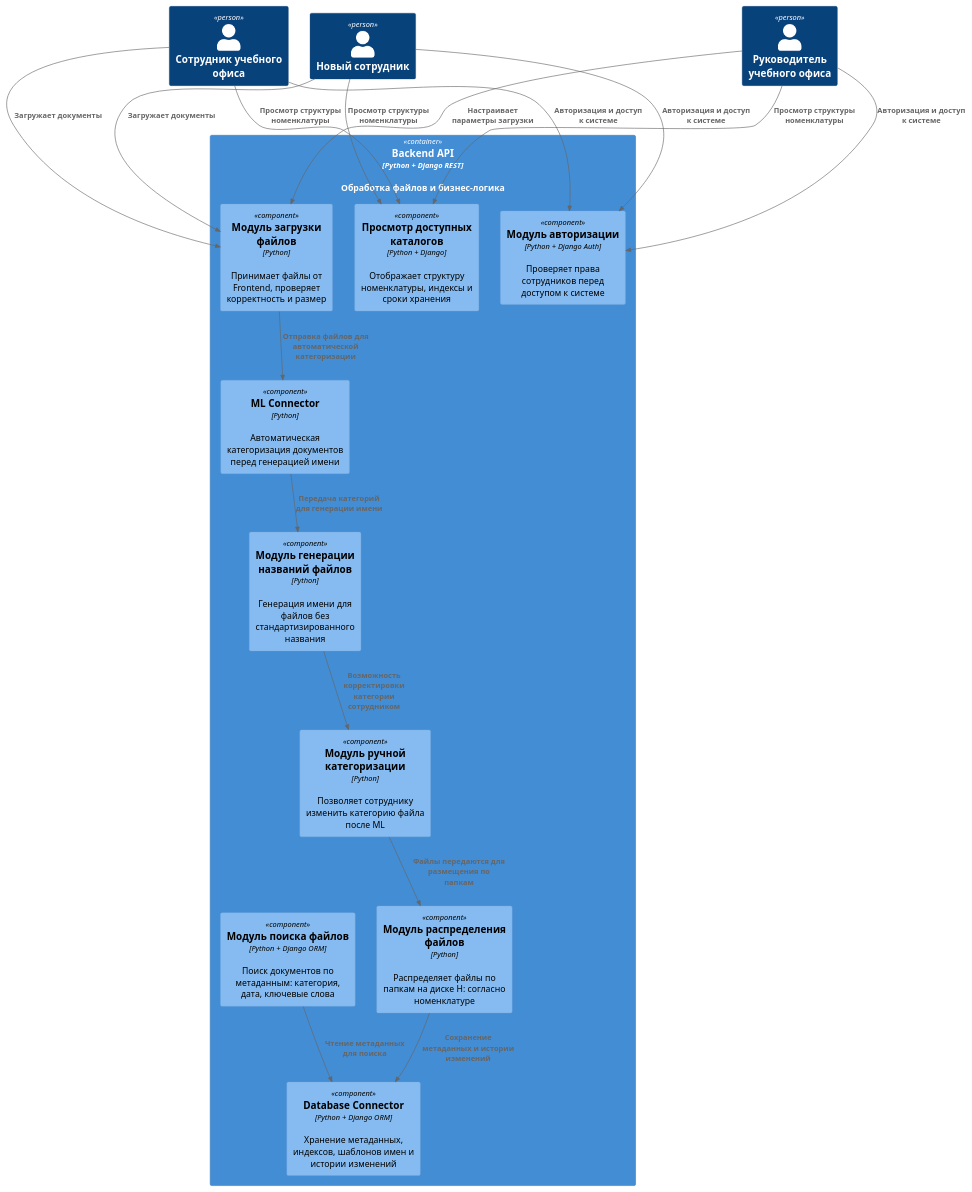
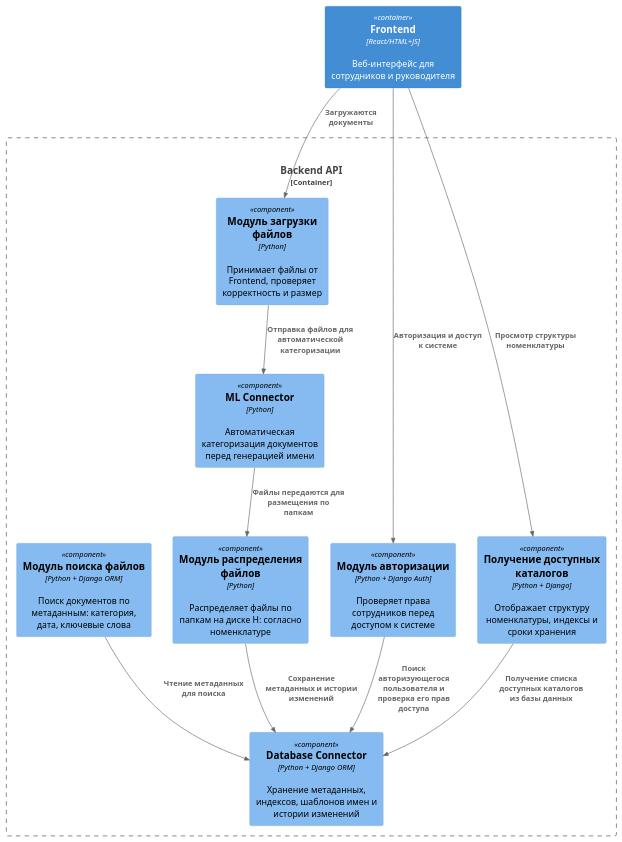
Before and after one commit to golariva/labs-for-design-of-software-systems-architecture: the diagram in Lab Work №2/src/backend_component_diagram.puml, drawn with PlantUML. The commit also changed 7 other files, not shown here.

```diff
--- a/Lab Work №2/src/backend_component_diagram.puml
+++ b/Lab Work №2/src/backend_component_diagram.puml
@@ -1,39 +1,28 @@
 @startuml
 !includeurl https://raw.githubusercontent.com/plantuml-stdlib/C4-PlantUML/master/C4_Component.puml
 
-Container(backend, "Backend API", "Python + Django REST", "Обработка файлов и бизнес-логика") {
+Container_Boundary(backend, "Backend API", "Python + Django REST", "Обработка файлов и бизнес-логика") {
 
     Component(auth, "Модуль авторизации", "Python + Django Auth", "Проверяет права сотрудников перед доступом к системе")
     Component(file_upload, "Модуль загрузки файлов", "Python", "Принимает файлы от Frontend, проверяет корректность и размер")
     Component(ml_connector, "ML Connector", "Python", "Автоматическая категоризация документов перед генерацией имени")
-    Component(name_generator, "Модуль генерации названий файлов", "Python", "Генерация имени для файлов без стандартизированного названия")
     Component(file_router, "Модуль распределения файлов", "Python", "Распределяет файлы по папкам на диске H: согласно номенклатуре")
-    Component(manual_categorization, "Модуль ручной категоризации", "Python", "Позволяет сотруднику изменить категорию файла после ML")
-    Component(catalog_viewer, "Просмотр доступных каталогов", "Python + Django", "Отображает структуру номенклатуры, индексы и сроки хранения")
+    Component(catalog_viewer, "Получение доступных каталогов", "Python + Django", "Отображает структуру номенклатуры, индексы и сроки хранения")
     Component(search, "Модуль поиска файлов", "Python + Django ORM", "Поиск документов по метаданным: категория, дата, ключевые слова")
     Component(db_connector, "Database Connector", "Python + Django ORM", "Хранение метаданных, индексов, шаблонов имен и истории изменений")
 }
 
-Person(employee, "Сотрудник учебного офиса")
-Person(new_employee, "Новый сотрудник")
-Person(manager, "Руководитель учебного офиса")
+Container(frontend, "Frontend", "React/HTML+JS", "Веб-интерфейс для сотрудников и руководителя")
 
-Rel(employee, auth, "Авторизация и доступ к системе")
-Rel(new_employee, auth, "Авторизация и доступ к системе")
-Rel(manager, auth, "Авторизация и доступ к системе")
-
-Rel(employee, file_upload, "Загружает документы")
-Rel(new_employee, file_upload, "Загружает документы")
-Rel(manager, file_upload, "Настраивает параметры загрузки")
+Rel(frontend, auth, "Авторизация и доступ к системе")
+Rel(frontend, file_upload, "Загружаются документы")
 
 Rel(file_upload, ml_connector, "Отправка файлов для автоматической категоризации")
-Rel(ml_connector, name_generator, "Передача категорий для генерации имени")
-Rel(name_generator, manual_categorization, "Возможность корректировки категории сотрудником")
-Rel(manual_categorization, file_router, "Файлы передаются для размещения по папкам")
+Rel(ml_connector, file_router, "Файлы передаются для размещения по папкам")
 Rel(file_router, db_connector, "Сохранение метаданных и истории изменений")
+Rel(catalog_viewer, db_connector, "Получение списка доступных каталогов из базы данных")
+Rel(auth, db_connector, "Поиск авторизующегося пользователя и проверка его прав доступа")
 Rel(search, db_connector, "Чтение метаданных для поиска")
-Rel(employee, catalog_viewer, "Просмотр структуры номенклатуры")
-Rel(new_employee, catalog_viewer, "Просмотр структуры номенклатуры")
-Rel(manager, catalog_viewer, "Просмотр структуры номенклатуры")
+Rel(frontend, catalog_viewer, "Просмотр структуры номенклатуры")
 
 @enduml
```
